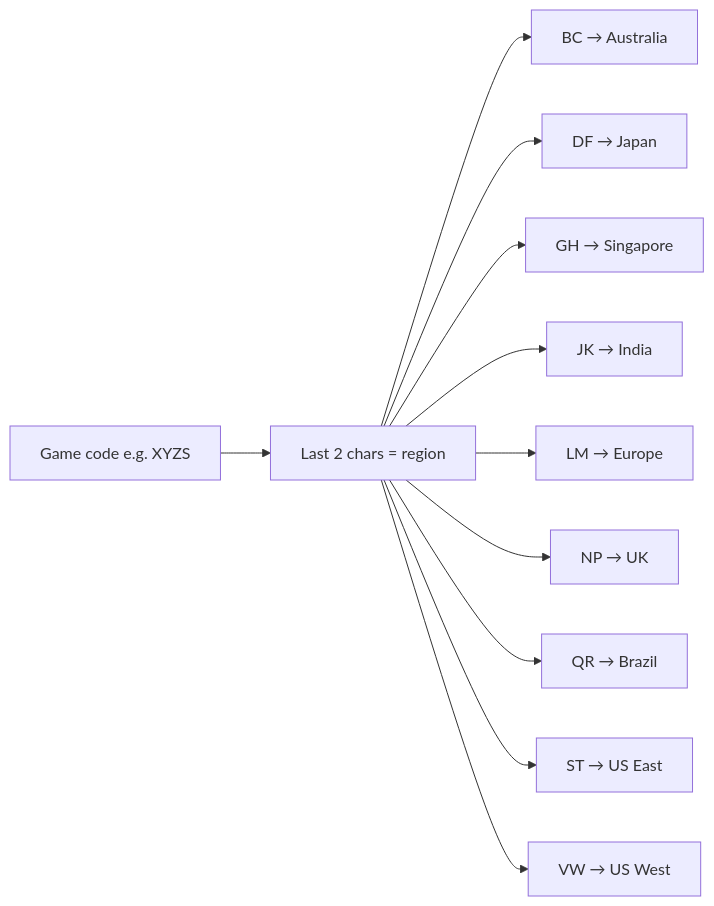
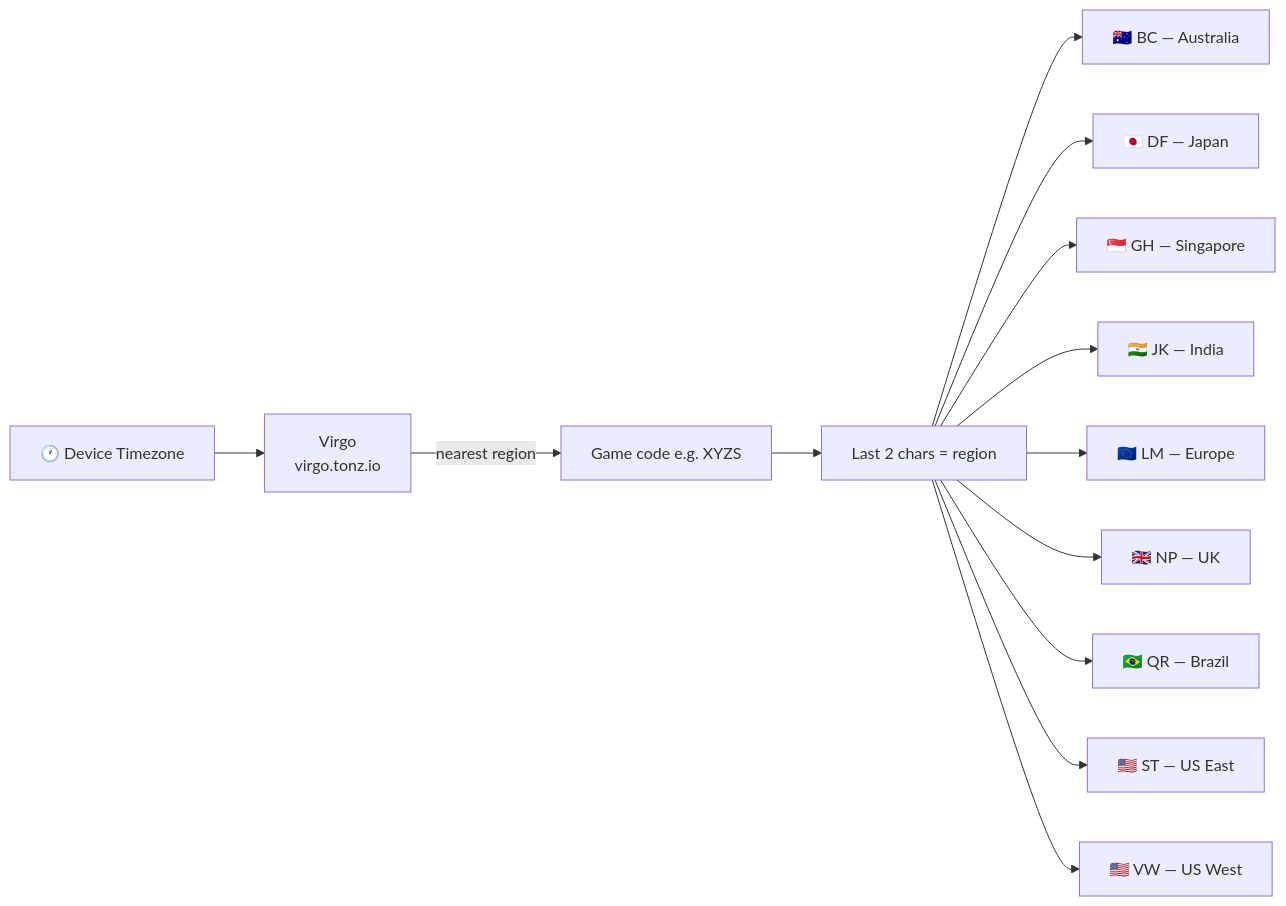
The fifth of 6 diagrams in docs/demo-guide.md (mcteamster/rgb), drawn with Mermaid before and after one commit. The commit also changed other lines of this file, not shown here.

Commit message:
docs: add flags and Virgo context to region selection section

````diff
--- a/docs/demo-guide.md
+++ b/docs/demo-guide.md
@@ -97,13 +97,15 @@
 ```mermaid
 flowchart LR
-  Code["Game code e.g. XYZS"] --> Last["Last 2 chars = region"]
-  Last --> AU["BC → Australia"]
-  Last --> JP["DF → Japan"]
-  Last --> SG["GH → Singapore"]
-  Last --> IN["JK → India"]
-  Last --> EU["LM → Europe"]
-  Last --> UK["NP → UK"]
-  Last --> BR["QR → Brazil"]
-  Last --> USE["ST → US East"]
-  Last --> USW["VW → US West"]
+  TZ["🕐 Device Timezone"] --> Virgo["Virgo\nvirgo.tonz.io"]
+  Virgo -->|"nearest region"| Code["Game code e.g. XYZS"]
+  Code --> Last["Last 2 chars = region"]
+  Last --> AU["🇦🇺 BC — Australia"]
+  Last --> JP["🇯🇵 DF — Japan"]
+  Last --> SG["🇸🇬 GH — Singapore"]
+  Last --> IN["🇮🇳 JK — India"]
+  Last --> EU["🇪🇺 LM — Europe"]
+  Last --> UK["🇬🇧 NP — UK"]
+  Last --> BR["🇧🇷 QR — Brazil"]
+  Last --> USE["🇺🇸 ST — US East"]
+  Last --> USW["🇺🇸 VW — US West"]
 ```
````
